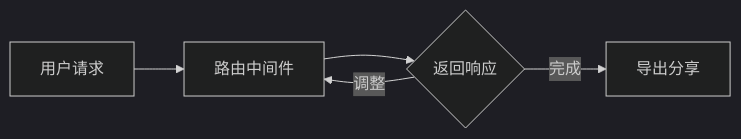
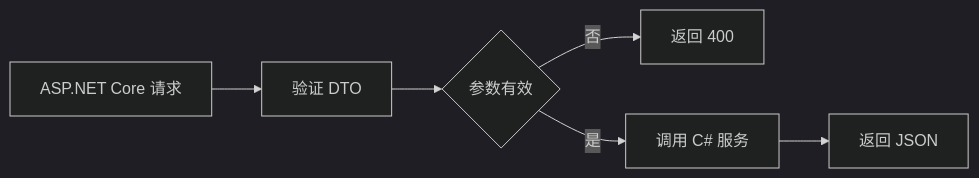
Before and after one commit to dotnet9/Vex: the first of 24 diagrams in docs/演示文档/Mermaid 图表图鉴.md, drawn with Mermaid (dark theme). The commit also changed other lines of this file and 23 other files, not shown here.

Commit message:
完善(演示文档)：围绕 .NET 与 Avalonia 重编示例并补齐 24 类图表

````diff
--- a/docs/演示文档/Mermaid 图表图鉴.md
+++ b/docs/演示文档/Mermaid 图表图鉴.md
@@ -13,7 +13,8 @@
 ```mermaid
 flowchart LR
-  A[用户请求] --> B[路由中间件]
-  B --> C{返回响应}
-  C -->|调整| B
-  C -->|完成| D[导出分享]
+  A[ASP.NET Core 请求] --> B[验证 DTO]
+  B --> C{参数有效}
+  C -->|否| D[返回 400]
+  C -->|是| E[调用 C# 服务]
+  E --> F[返回 JSON]
 ```
````
